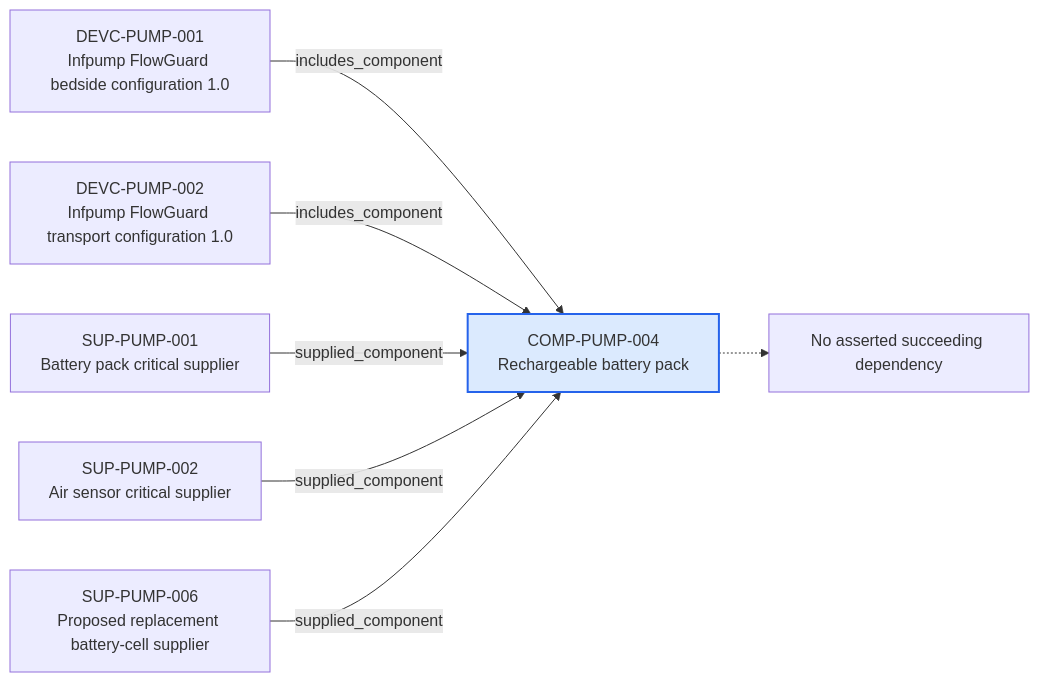
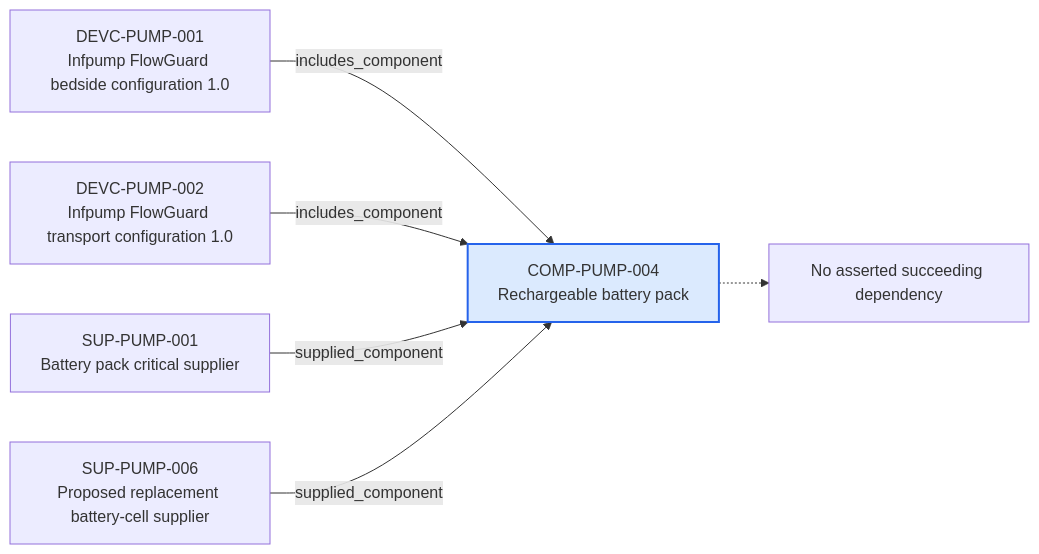
The diagram in content/06-Infpump FlowGuard ontology notes/component/COMP-PUMP-004-rechargeable-battery-pack.md (mvattulainen/mdrontology), drawn with Mermaid before and after one commit. The commit also changed other lines of this file and 321 other files, not shown here.

Commit message:
Implement Mermaid ontology audit findings

````diff
--- a/content/06-Infpump FlowGuard ontology notes/component/COMP-PUMP-004-rechargeable-battery-pack.md
+++ b/content/06-Infpump FlowGuard ontology notes/component/COMP-PUMP-004-rechargeable-battery-pack.md
@@ -69,18 +71,16 @@
 ```mermaid
 flowchart LR
   CURRENT["COMP-PUMP-004<br/>Rechargeable battery pack"]
   PREV0["DEVC-PUMP-001<br/>Infpump FlowGuard bedside configuration 1.0"]
   PREV0 -->|"includes_component"| CURRENT
   PREV1["DEVC-PUMP-002<br/>Infpump FlowGuard transport configuration 1.0"]
   PREV1 -->|"includes_component"| CURRENT
   PREV2["SUP-PUMP-001<br/>Battery pack critical supplier"]
   PREV2 -->|"supplied_component"| CURRENT
-  PREV3["SUP-PUMP-002<br/>Air sensor critical supplier"]
+  PREV3["SUP-PUMP-006<br/>Proposed replacement battery-cell supplier"]
   PREV3 -->|"supplied_component"| CURRENT
-  PREV4["SUP-PUMP-006<br/>Proposed replacement battery-cell supplier"]
-  PREV4 -->|"supplied_component"| CURRENT
   NEXT_NONE["No asserted succeeding dependency"]
   CURRENT -.-> NEXT_NONE
   classDef current fill:#dbeafe,stroke:#2563eb,stroke-width:2px
   class CURRENT current
 ```
````
